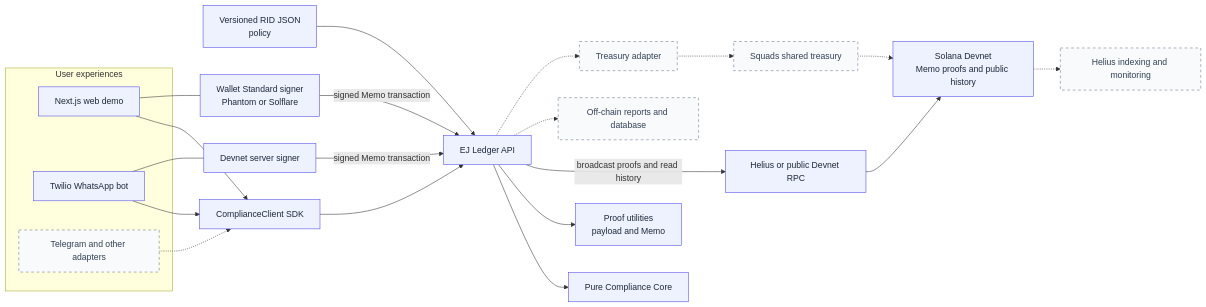
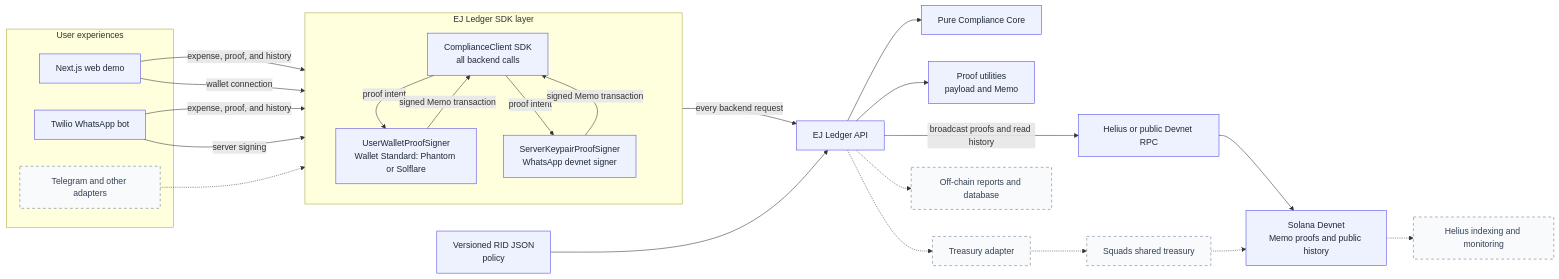
The diagram in README.md (gabrieIbarboza/solana-ej-ledger), drawn with Mermaid before and after one commit. The commit also changed other lines of this file, not shown here.

Commit message:
docs(readme): clarify sdk architecture layer

````diff
--- a/README.md
+++ b/README.md
@@ -22,34 +23,43 @@
 ```mermaid
 flowchart LR
   classDef current fill:#EEF2FF,stroke:#4F46E5,color:#1F2937;
   classDef future fill:#F8FAFC,stroke:#64748B,stroke-dasharray: 5 5,color:#334155;
 
   RID["Versioned RID JSON\npolicy"]:::current --> API["EJ Ledger API"]:::current
 
   subgraph Channels["User experiences"]
     WEB["Next.js web demo"]:::current
     WHATSAPP["Twilio WhatsApp bot"]:::current
     FUTURE_CHANNELS["Telegram and other adapters"]:::future
   end
 
-  WEB --> SDK["ComplianceClient SDK"]:::current
-  WHATSAPP --> SDK
+  subgraph SDK_LAYER["EJ Ledger SDK layer"]
+    direction TB
+    SDK["ComplianceClient SDK\nall backend calls"]:::current
+    WALLET["UserWalletProofSigner\nWallet Standard: Phantom or Solflare"]:::current
+    BOT_SIGNER["ServerKeypairProofSigner\nWhatsApp devnet signer"]:::current
+  end
+
+  WEB -->|"expense, proof, and history"| SDK
+  WHATSAPP -->|"expense, proof, and history"| SDK
   FUTURE_CHANNELS -.-> SDK
-  SDK --> API
+  WEB -->|"wallet connection"| WALLET
+  WHATSAPP -->|"server signing"| BOT_SIGNER
+  SDK -->|"every backend request"| API
   API --> CORE["Pure Compliance Core"]:::current
   API --> PROOF["Proof utilities\npayload and Memo"]:::current
 
-  WEB --- WALLET["Wallet Standard signer\nPhantom or Solflare"]:::current
-  WHATSAPP --- BOT_SIGNER["Devnet server signer"]:::current
-  WALLET -->|"signed Memo transaction"| API
-  BOT_SIGNER -->|"signed Memo transaction"| API
+  SDK -->|"proof intent"| WALLET
+  SDK -->|"proof intent"| BOT_SIGNER
+  WALLET -->|"signed Memo transaction"| SDK
+  BOT_SIGNER -->|"signed Memo transaction"| SDK
 
   API -->|"broadcast proofs and read history"| RPC["Helius or public Devnet RPC"]:::current
   RPC --> SOLANA["Solana Devnet\nMemo proofs and public history"]:::current
 
   SOLANA -.-> HELIUS_INDEX["Helius indexing and monitoring"]:::future
   API -.-> REPORTS["Off-chain reports and database"]:::future
   API -.-> TREASURY["Treasury adapter"]:::future
   TREASURY -.-> SQUADS["Squads shared treasury"]:::future
   SQUADS -.-> SOLANA
 ```
````
